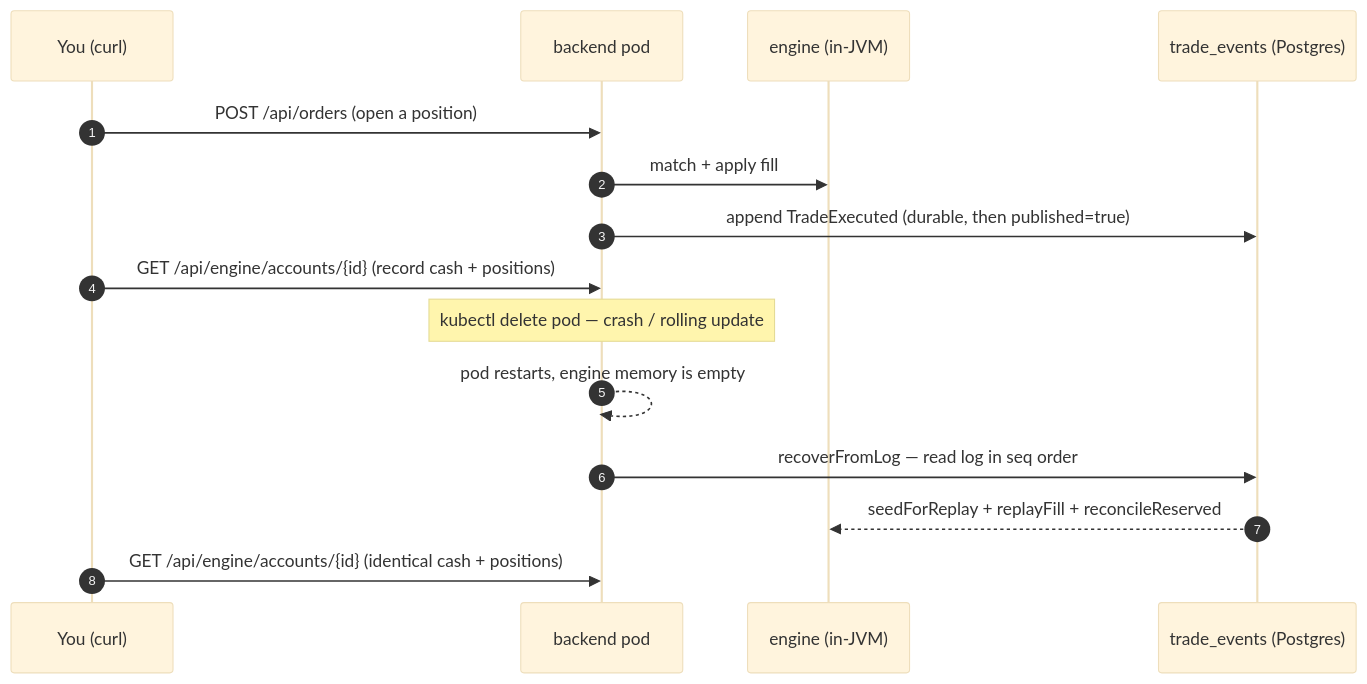
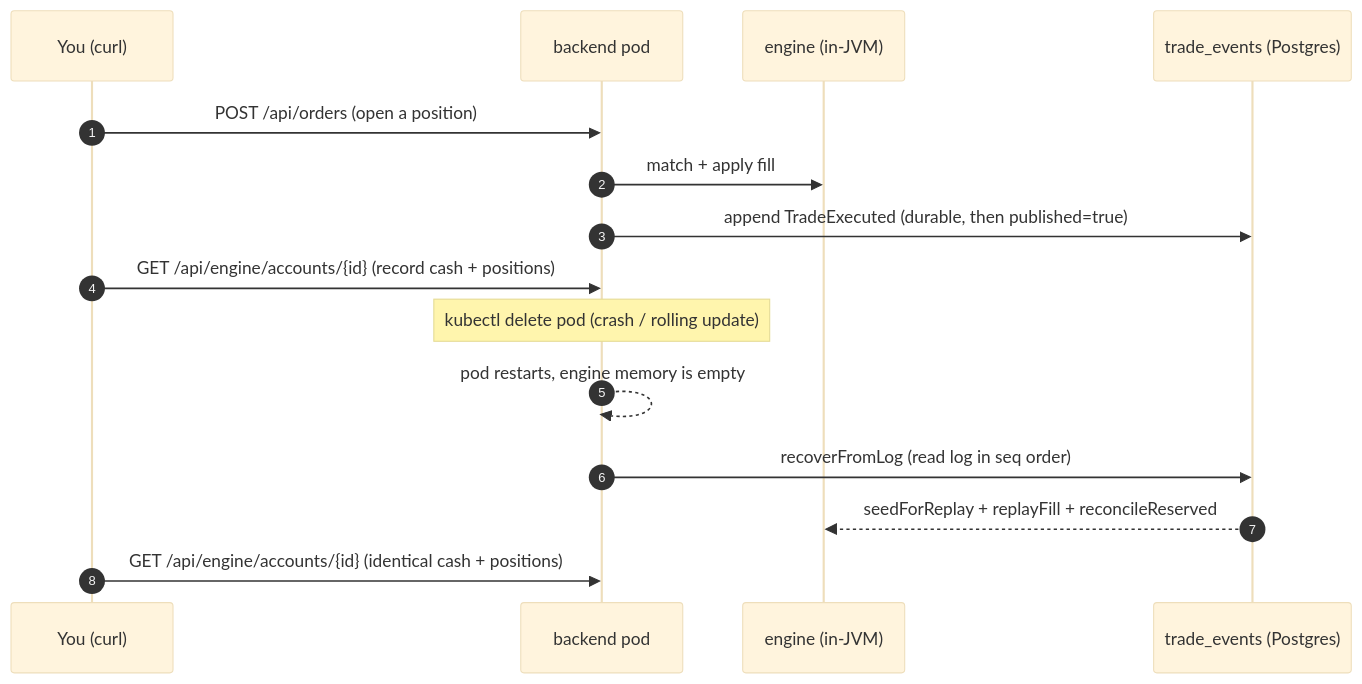
One commit to mc139/fx-oee-docs changed the diagram in testing-event-sourcing-minikube.md. Above: the diagram before and after it, drawn with Mermaid (base theme). The commit also changed other lines of this file and 21 other files, not shown here.

````diff
--- a/testing-event-sourcing-minikube.md
+++ b/testing-event-sourcing-minikube.md
@@ -12,17 +12,17 @@
 ```mermaid
 sequenceDiagram
     autonumber
     participant U as You (curl)
     participant B as backend pod
     participant E as engine (in-JVM)
     participant L as trade_events (Postgres)
     U->>B: POST /api/orders (open a position)
     B->>E: match + apply fill
     B->>L: append TradeExecuted (durable, then published=true)
     U->>B: GET /api/engine/accounts/{id}  (record cash + positions)
-    Note over B: kubectl delete pod — crash / rolling update
+    Note over B: kubectl delete pod (crash / rolling update)
     B-->>B: pod restarts, engine memory is empty
-    B->>L: recoverFromLog — read log in seq order
+    B->>L: recoverFromLog (read log in seq order)
     L-->>E: seedForReplay + replayFill + reconcileReserved
     U->>B: GET /api/engine/accounts/{id}  (identical cash + positions)
 ```
````
